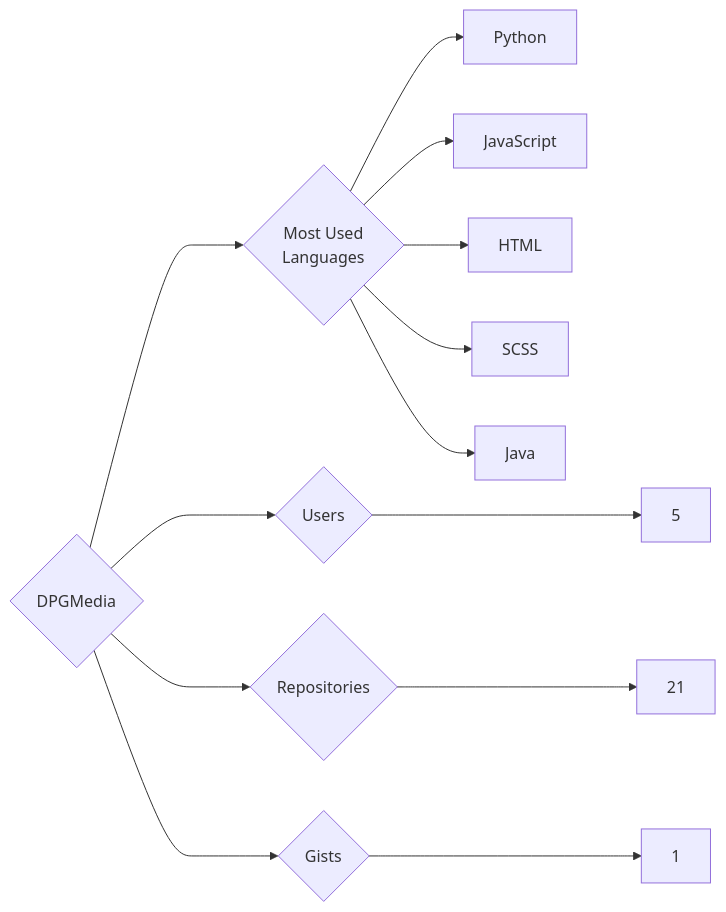
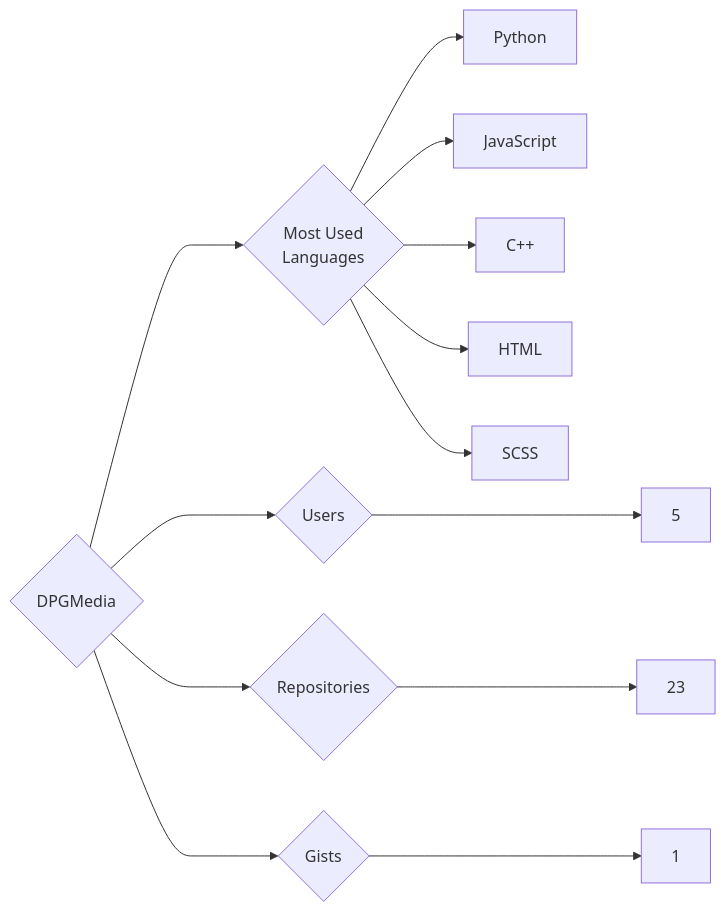
The diagram in targets/DPGMedia/README.md (trickest/insiders), drawn with Mermaid before and after one commit. The commit also changed 1195 other files, not shown here.

````diff
--- a/targets/DPGMedia/README.md
+++ b/targets/DPGMedia/README.md
@@ -3,13 +3,13 @@
 ```mermaid
 graph LR
 COMPANY_NAME{DPGMedia}
 COMPANY_NAME ---> U{Users} ---> UN[5]
-COMPANY_NAME ---> R{Repositories} ---> RN[21]
+COMPANY_NAME ---> R{Repositories} ---> RN[23]
 COMPANY_NAME ---> G{Gists} ---> GN[1]
 COMPANY_NAME ---> ML{Most Used<br>Languages}
 ML --> Python[Python]
 ML --> JavaScript[JavaScript]
+ML --> C++[C++]
 ML --> HTML[HTML]
 ML --> SCSS[SCSS]
-ML --> Java[Java]
 ```
````
